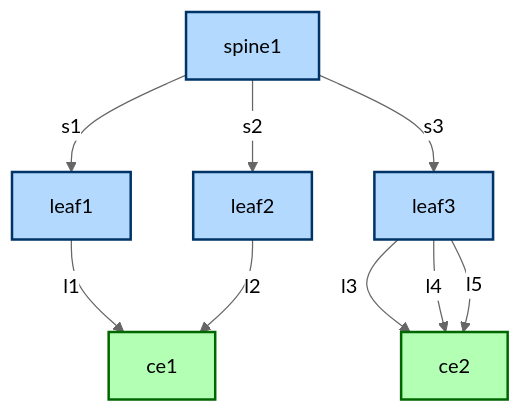
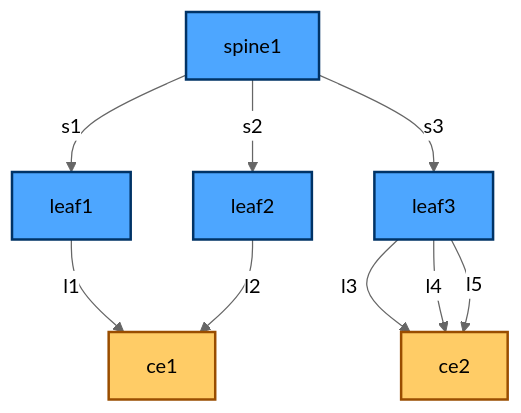
Before and after one commit to mbakalarski/evpn-labs: the diagram in evpn_multihoming/mermaid4-TD.md, drawn with Mermaid (neutral theme). The commit also changed 1 other file, not shown here.

Commit message:
next commit

````diff
--- a/evpn_multihoming/mermaid4-TD.md
+++ b/evpn_multihoming/mermaid4-TD.md
@@ -1,23 +1,24 @@
 ```mermaid
 graph TD
     %% Auto-generated network topology diagram (networks as edge labels)
 
     spine1 -->|s1| leaf1
     spine1 -->|s2| leaf2
     spine1 -->|s3| leaf3
     leaf1 -->|l1| ce1
     leaf2 -->|l2| ce1
     leaf3 -->|l3| ce2
     leaf3 -->|l4| ce2
     leaf3 -->|l5| ce2
 
     %% Node styles
-    classDef srlinux fill:#b3d9ff,stroke:#003366,stroke-width:2px;
-    classDef linux fill:#b3ffb3,stroke:#006600,stroke-width:2px;
+    classDef srlinux fill:#4da6ff,stroke:#003366,stroke-width:2px,color:#000000;
+    classDef linux fill:#66ff66,stroke:#006600,stroke-width:2px,color:#000000;
+    classDef ce fill:#ffcc66,stroke:#994d00,stroke-width:2px,color:#000000;
     class spine1 srlinux;
     class leaf1 srlinux;
     class leaf2 srlinux;
     class leaf3 srlinux;
-    class ce1 linux;
-    class ce2 linux;
+    class ce1 ce;
+    class ce2 ce;
 ```
````
